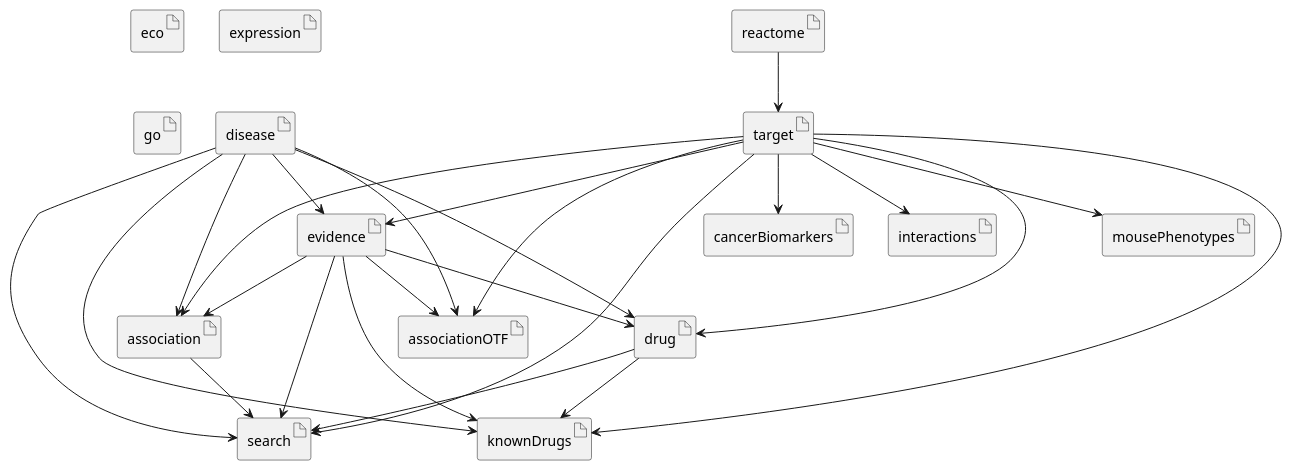
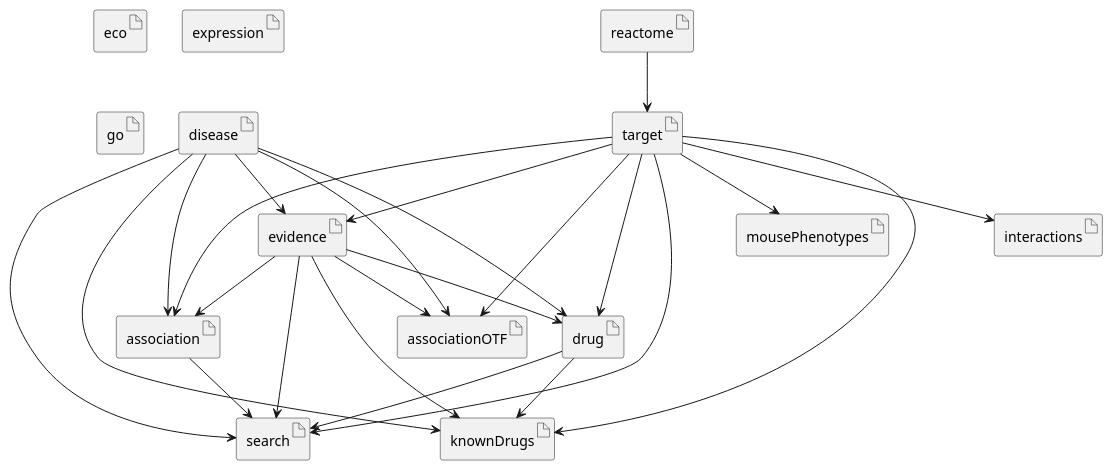
The diagram in documentation/etl_dp_dependencies.puml (opentargets/platform-etl-backend), drawn with PlantUML before and after one commit. The commit also changed 11 other files, not shown here.

```diff
--- a/documentation/etl_dp_dependencies.puml
+++ b/documentation/etl_dp_dependencies.puml
@@ -1,75 +1,71 @@
 @startuml
 ' inputs
 
 ' steps
 artifact association
 artifact associationOTF
-artifact cancerBiomarkers
 artifact disease
 artifact drug
 artifact eco
 artifact evidence
 artifact expression
 artifact go
 artifact interactions
 artifact knownDrugs
 artifact mousePhenotypes
 artifact reactome
 artifact search
 artifact target
 
 ' links between steps / inputs
 
 'association step
 evidence --> association
 disease --> association
 target --> association
 
 'association OTF
 evidence --> associationOTF
 disease --> associationOTF
 target --> associationOTF
-
-'cancerBiomarkers
-target --> cancerBiomarkers
 
 'connections
   ' not used
 'disease
   ' no step dependencies
 'drug
 target --> drug
 disease --> drug
 evidence --> drug
 'eco
   ' not used
 'evidence
 target --> evidence
 disease --> evidence
 'expression
   ' could be removed?
 'interactions
 target --> interactions
 
 'knownDrugs
 target --> knownDrugs
 disease --> knownDrugs
 evidence --> knownDrugs
 drug --> knownDrugs
 
 'mousePhenotypes
 target --> mousePhenotypes
 'reactome
 
 'search
 association --> search
 disease --> search
 drug --> search
 evidence --> search
 target --> search
 
 'target
 reactome --> target
 
 
 @enduml
```
